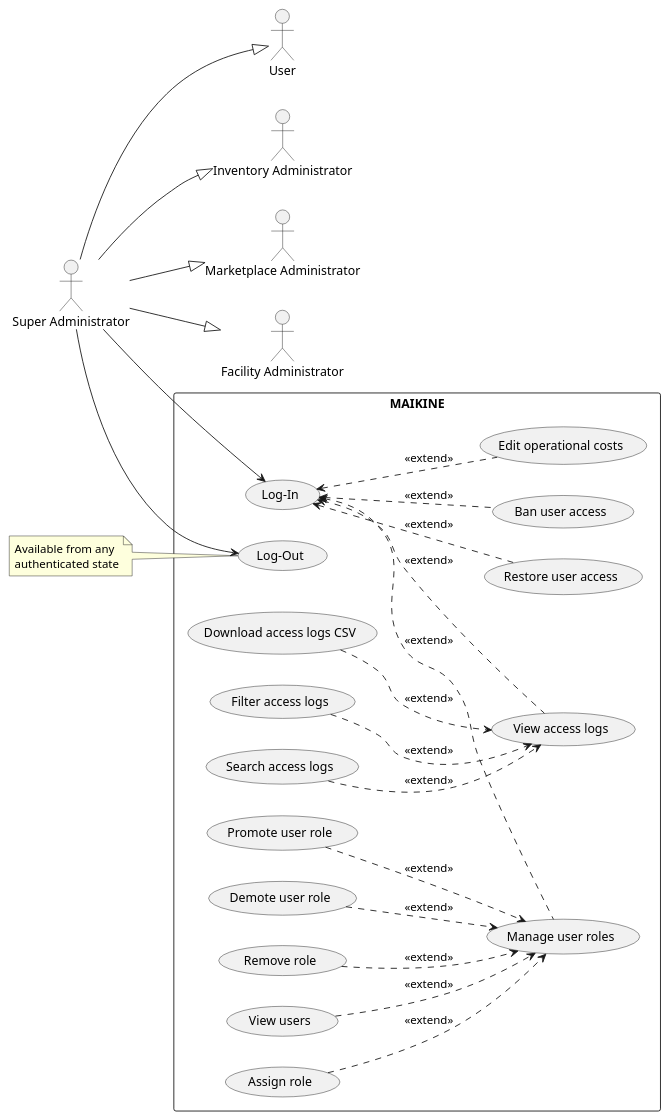
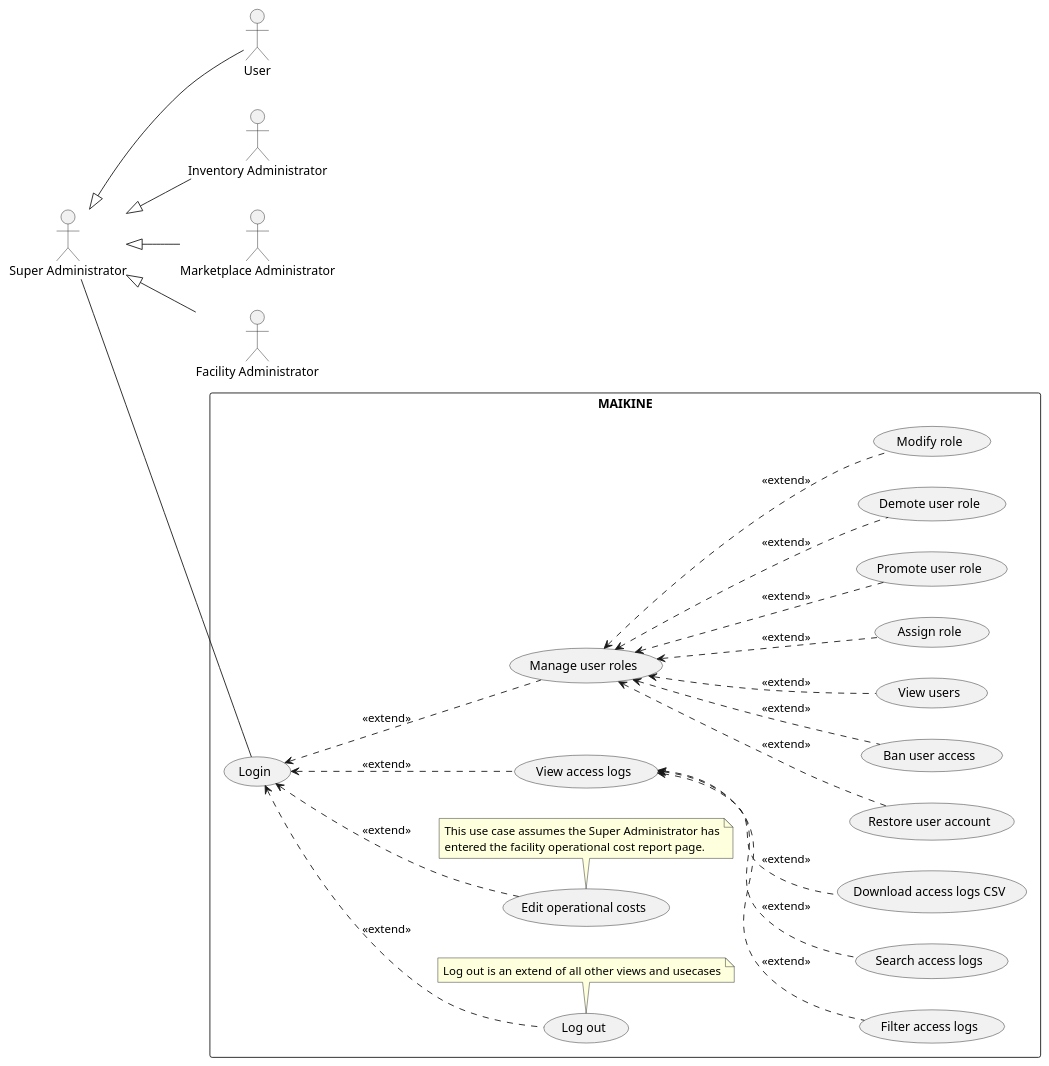
Before and after one commit to JanPerez35/PlantUML: the diagram in usecaseDiagrams/Super_Administrator_Diagram.puml, drawn with PlantUML. The commit also changed 9 other files, not shown here.

Commit message:
Updated use case and activity diagrams for clarity.

```diff
--- a/usecaseDiagrams/Super_Administrator_Diagram.puml
+++ b/usecaseDiagrams/Super_Administrator_Diagram.puml
@@ -1,66 +1,73 @@
 @startuml
 left to right direction
 skinparam packageStyle rectangle
 
 actor User
 actor "Inventory Administrator" as InventoryAdmin
 actor "Marketplace Administrator" as MarketplaceAdmin
 actor "Facility Administrator" as FacilityAdmin
 actor "Super Administrator" as SiteAdmin
 
-SiteAdmin --|> User
-SiteAdmin --|> InventoryAdmin
-SiteAdmin --|> MarketplaceAdmin
-SiteAdmin --|> FacilityAdmin
+SiteAdmin <|-- User
+SiteAdmin <|-- InventoryAdmin
+SiteAdmin <|-- MarketplaceAdmin
+SiteAdmin <|-- FacilityAdmin
 
 rectangle MAIKINE {
 
   
-    usecase "Log-In" as UC_Login
-    usecase "Log-Out" as UC_Logout
-    usecase "Restore user access" as UC_RestoreUser
+    usecase "Login" as UC_Login
+    usecase "Log out" as UC_Logout
+    usecase "Restore user account" as UC_RestoreUser
     usecase "Ban user access" as UC_BanUser
     usecase "View access logs" as UC_ViewLogs
     usecase "Manage user roles" as UC_ManageRoles
     usecase "Edit operational costs" as UC_EditCost
   
-  
+    
     usecase "Filter access logs" as UC_FilterLogs
     usecase "Search access logs" as UC_SearchLogs
     usecase "Download access logs CSV" as UC_DownloadLogs
 
   
     usecase "View users" as UC_ViewUsers
     usecase "Assign role" as UC_AssignRole
     usecase "Promote user role" as UC_PromoteRole
     usecase "Demote user role" as UC_DemoteRole
-    usecase "Remove role" as UC_RemoveRole
+    usecase "Modify role" as UC_RemoveRole
+
+    note bottom of (UC_Logout)
+  Log out is an extend of all other views and usecases
+  end note
+
+   note bottom of (UC_EditCost)
+   This use case assumes the Super Administrator has
+   entered the facility operational cost report page.
+   end note
   
 }
 
-SiteAdmin --> UC_Login
-SiteAdmin --> UC_Logout
+SiteAdmin -- UC_Login
+UC_Login <.. UC_Logout :<<extend>>
 UC_Login <.. UC_ViewLogs : <<extend>>
 UC_Login <.. UC_ManageRoles : <<extend>>
 UC_Login <.. UC_EditCost : <<extend>>
-UC_Login <.. UC_RestoreUser : <<extend>>
-UC_Login <.. UC_BanUser : <<extend>>
-
-UC_SearchLogs ..> UC_ViewLogs : <<extend>>
-UC_DownloadLogs ..> UC_ViewLogs : <<extend>>
-UC_FilterLogs ..> UC_ViewLogs : <<extend>>
-
-UC_ViewUsers ..> UC_ManageRoles : <<extend>>
-UC_AssignRole ..> UC_ManageRoles : <<extend>>
-UC_PromoteRole ..> UC_ManageRoles : <<extend>>
-UC_DemoteRole ..> UC_ManageRoles : <<extend>>
-UC_RemoveRole ..> UC_ManageRoles : <<extend>>
 
 
-note left of UC_Logout
-Available from any
-authenticated state
-end note
+
+UC_ViewLogs <.. UC_SearchLogs : <<extend>>
+UC_ViewLogs <.. UC_DownloadLogs : <<extend>>
+UC_ViewLogs <.. UC_FilterLogs : <<extend>>
+
+
+UC_ManageRoles <.. UC_ViewUsers : <<extend>>
+UC_ManageRoles <.. UC_AssignRole : <<extend>>
+UC_ManageRoles <.. UC_PromoteRole : <<extend>>
+UC_ManageRoles <.. UC_DemoteRole : <<extend>>
+UC_ManageRoles <.. UC_RemoveRole : <<extend>>
+UC_ManageRoles <.. UC_BanUser : <<extend>>
+UC_ManageRoles <.. UC_RestoreUser : <<extend>>
+
 
 
 @enduml
```
